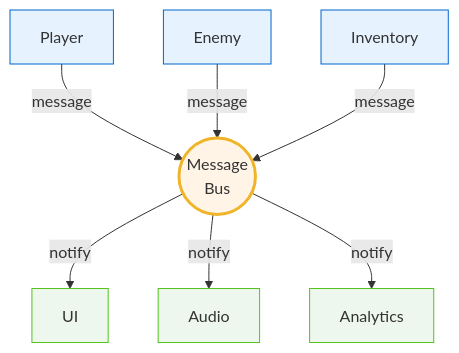
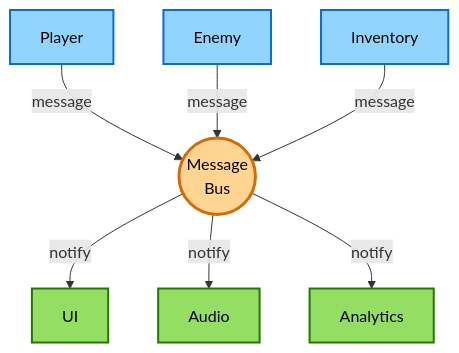
The second of 7 diagrams in Docs/VisualGuide.md (wallstop/DxMessaging), drawn with Mermaid before and after one commit. The commit also changed other lines of this file and 5 other files, not shown here.

First line of the commit message:
Mermaid diagram updates (#68)

````diff
--- a/Docs/VisualGuide.md
+++ b/Docs/VisualGuide.md
@@ -38,26 +38,26 @@
 ```mermaid
 graph TB
     Player[Player]
     Enemy[Enemy]
     Inventory[Inventory]
     Bus((Message<br/>Bus))
     UI[UI]
     Audio[Audio]
     Analytics[Analytics]
 
     Player -->|message| Bus
     Enemy -->|message| Bus
     Inventory -->|message| Bus
 
     Bus -->|notify| UI
     Bus -->|notify| Audio
     Bus -->|notify| Analytics
 
-    style Player fill:#e6f3ff,stroke:#0066cc
-    style Enemy fill:#e6f3ff,stroke:#0066cc
-    style Inventory fill:#e6f3ff,stroke:#0066cc
-    style Bus fill:#fff4e5,stroke:#f0b429,stroke-width:3px
-    style UI fill:#eef7ee,stroke:#52c41a
-    style Audio fill:#eef7ee,stroke:#52c41a
-    style Analytics fill:#eef7ee,stroke:#52c41a
+    style Player fill:#91d5ff,stroke:#096dd9,stroke-width:2px,color:#000
+    style Enemy fill:#91d5ff,stroke:#096dd9,stroke-width:2px,color:#000
+    style Inventory fill:#91d5ff,stroke:#096dd9,stroke-width:2px,color:#000
+    style Bus fill:#ffd591,stroke:#d46b08,stroke-width:3px,color:#000
+    style UI fill:#95de64,stroke:#237804,stroke-width:2px,color:#000
+    style Audio fill:#95de64,stroke:#237804,stroke-width:2px,color:#000
+    style Analytics fill:#95de64,stroke:#237804,stroke-width:2px,color:#000
 ```
````
